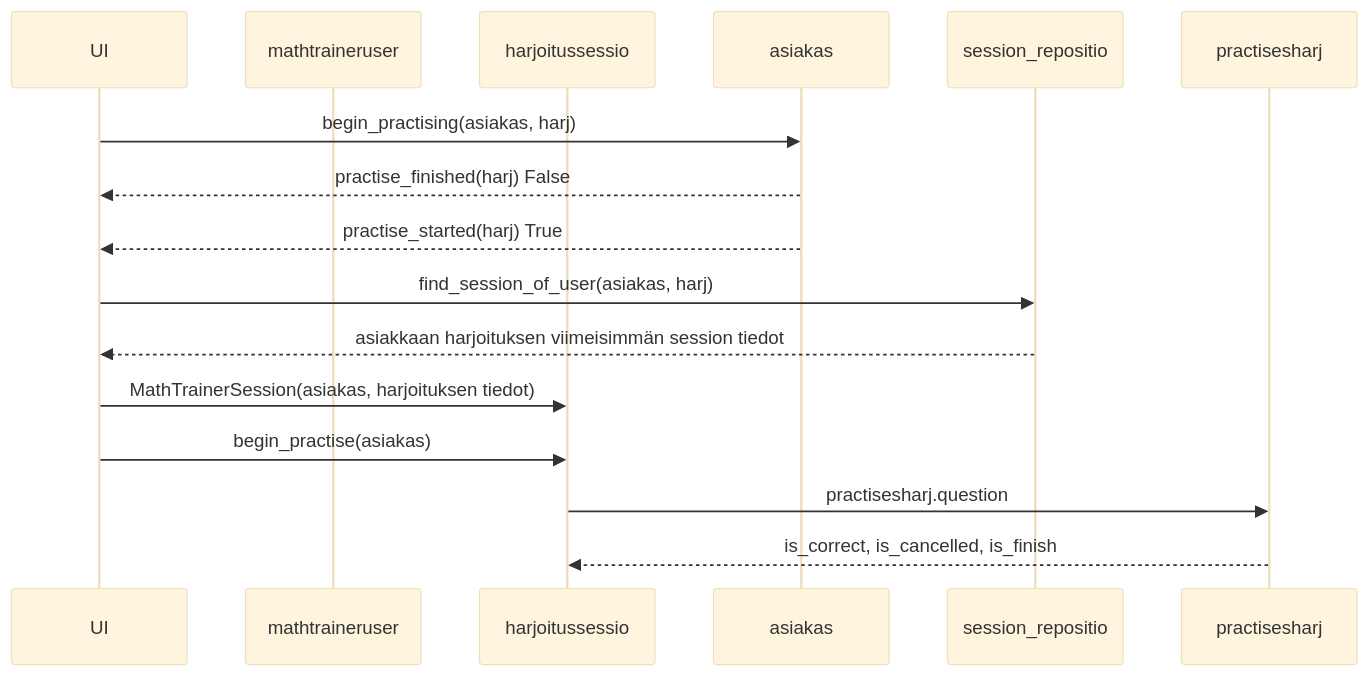
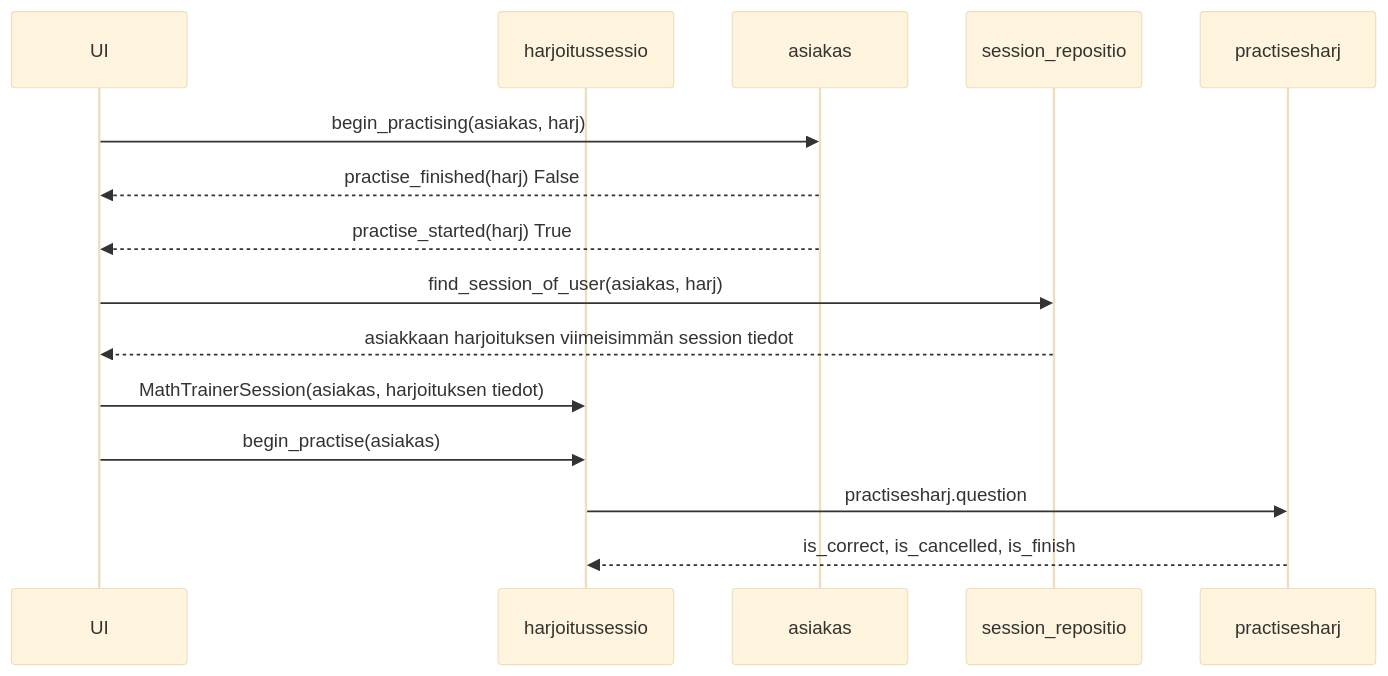
Before and after one commit to arskav/ot-harjoitustyo: the third of 3 diagrams in mathtrainer/dokumentaatio/arkkitehtuuri.md, drawn with Mermaid (base theme). The commit also changed other lines of this file and 41 other files, not shown here.

````diff
--- a/mathtrainer/dokumentaatio/arkkitehtuuri.md
+++ b/mathtrainer/dokumentaatio/arkkitehtuuri.md
@@ -95,15 +137,14 @@
 ```mermaid
     sequenceDiagram
     participant UI
-    participant mathtraineruser
-    participant harjoitussessio   
+    participant harjoitussessio
     UI ->> asiakas: begin_practising(asiakas, harj)
     asiakas -->> UI: practise_finished(harj) False
     asiakas -->> UI: practise_started(harj) True
     UI ->> session_repositio: find_session_of_user(asiakas, harj)
     session_repositio -->> UI: asiakkaan harjoituksen viimeisimmän session tiedot 
     UI ->> harjoitussessio: MathTrainerSession(asiakas, harjoituksen tiedot)
     UI ->> harjoitussessio: begin_practise(asiakas)
     harjoitussessio ->> practisesharj: practisesharj.question
     practisesharj -->> harjoitussessio: is_correct, is_cancelled, is_finish
 ```
````
